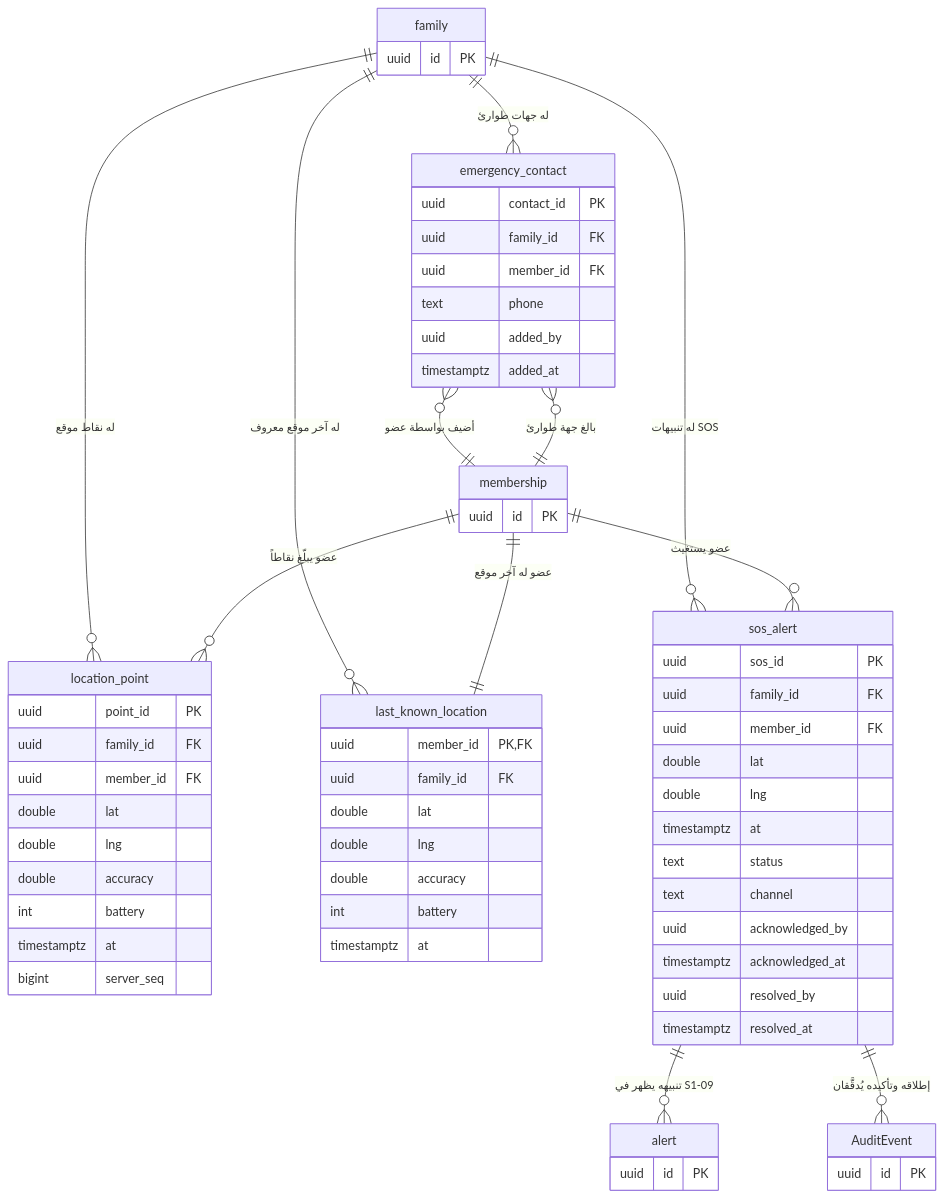
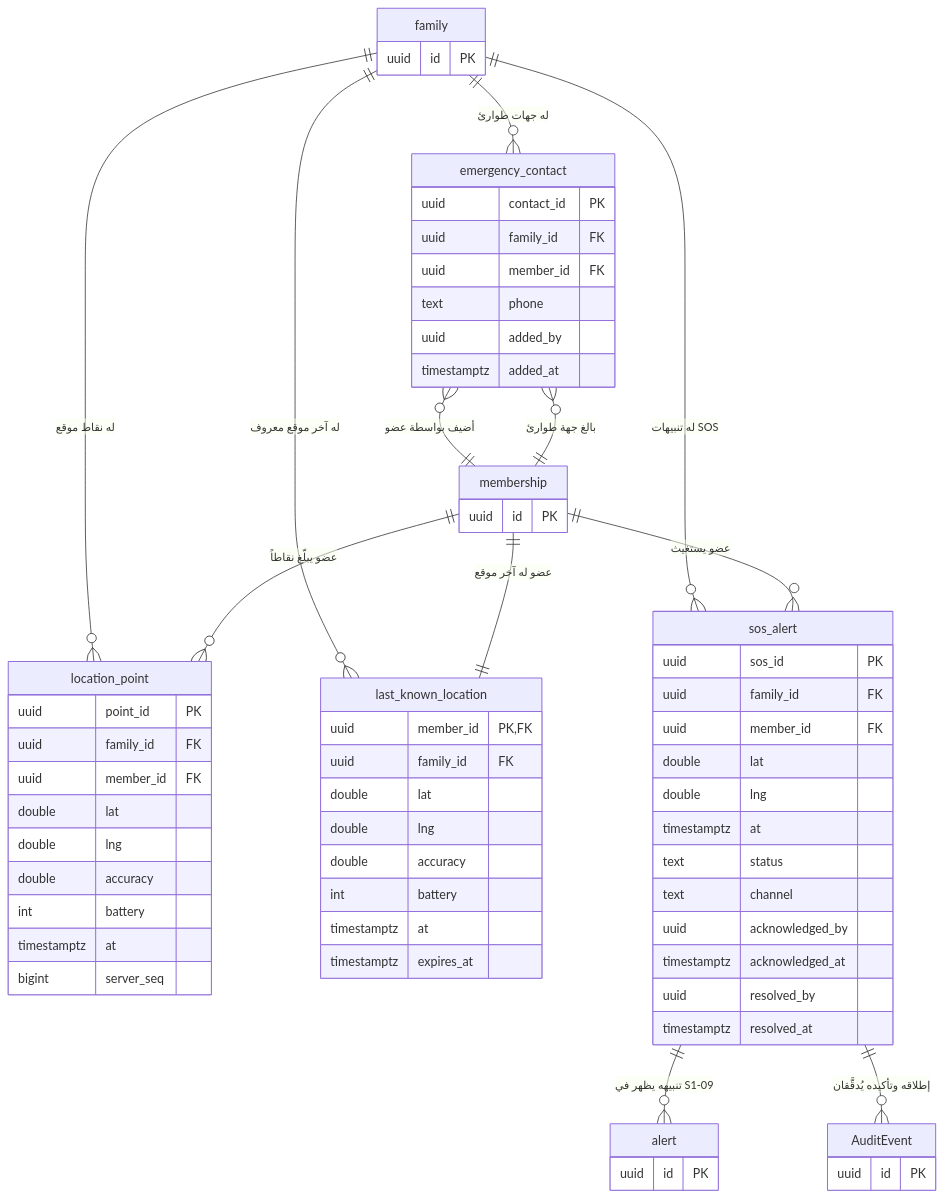
The second of 13 diagrams in docs/family-os/governance/phases/phase-1/S1-07-location-basic/DIAGRAMS.md (Bassam-mohammed-alqaeadi/family-os-v2), drawn with Mermaid before and after one commit. The commit also changed other lines of this file and 19 other files, not shown here.

````diff
--- a/docs/family-os/governance/phases/phase-1/S1-07-location-basic/DIAGRAMS.md
+++ b/docs/family-os/governance/phases/phase-1/S1-07-location-basic/DIAGRAMS.md
@@ -72,69 +73,70 @@
 ```mermaid
 erDiagram
     family ||--o{ location_point : "له نقاط موقع"
     family ||--o{ last_known_location : "له آخر موقع معروف"
     family ||--o{ sos_alert : "له تنبيهات SOS"
     family ||--o{ emergency_contact : "له جهات طوارئ"
     membership ||--o{ location_point : "عضو يبلّغ نقاطاً"
     membership ||--|| last_known_location : "عضو له آخر موقع"
     membership ||--o{ sos_alert : "عضو يستغيث"
     membership ||--o{ emergency_contact : "بالغ جهة طوارئ"
     sos_alert ||--o{ alert : "تنبيهه يظهر في S1-09"
     sos_alert ||--o{ AuditEvent : "إطلاقه وتأكيده يُدقَّقان"
     emergency_contact }o--|| membership : "أضيف بواسطة عضو"
 
     location_point {
         uuid point_id PK
         uuid family_id FK
         uuid member_id FK
         double lat
         double lng
         double accuracy
         int battery
         timestamptz at
         bigint server_seq
     }
     last_known_location {
         uuid member_id PK, FK
         uuid family_id FK
         double lat
         double lng
         double accuracy
         int battery
         timestamptz at
+        timestamptz expires_at
     }
     sos_alert {
         uuid sos_id PK
         uuid family_id FK
         uuid member_id FK
         double lat
         double lng
         timestamptz at
         text status
         text channel
         uuid acknowledged_by
         timestamptz acknowledged_at
         uuid resolved_by
         timestamptz resolved_at
     }
     emergency_contact {
         uuid contact_id PK
         uuid family_id FK
         uuid member_id FK
         text phone
         uuid added_by
         timestamptz added_at
     }
     family {
         uuid id PK
     }
     membership {
         uuid id PK
     }
     alert {
         uuid id PK
     }
     AuditEvent {
         uuid id PK
     }
 ```
````
